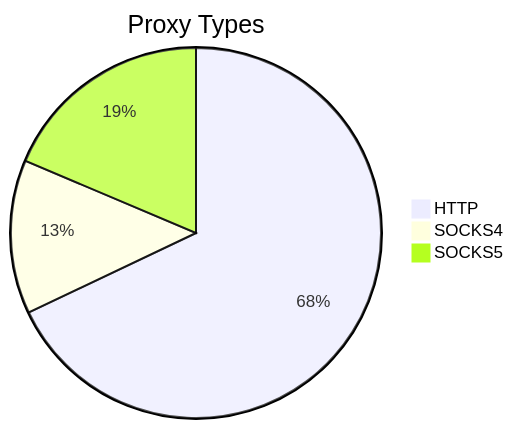
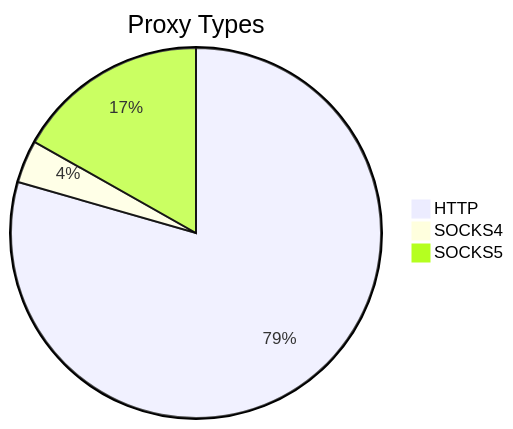
The first of 2 diagrams in README.md (stormsia/proxy-list), drawn with Mermaid before and after one commit. The commit also changed other lines of this file, not shown here.

````diff
--- a/README.md
+++ b/README.md
@@ -21,6 +21,6 @@
 ```mermaid
 pie title Proxy Types
-    "HTTP" : 248
-    "SOCKS4" : 49
-    "SOCKS5" : 68
+    "HTTP" : 255
+    "SOCKS4" : 12
+    "SOCKS5" : 54
 ```
````
